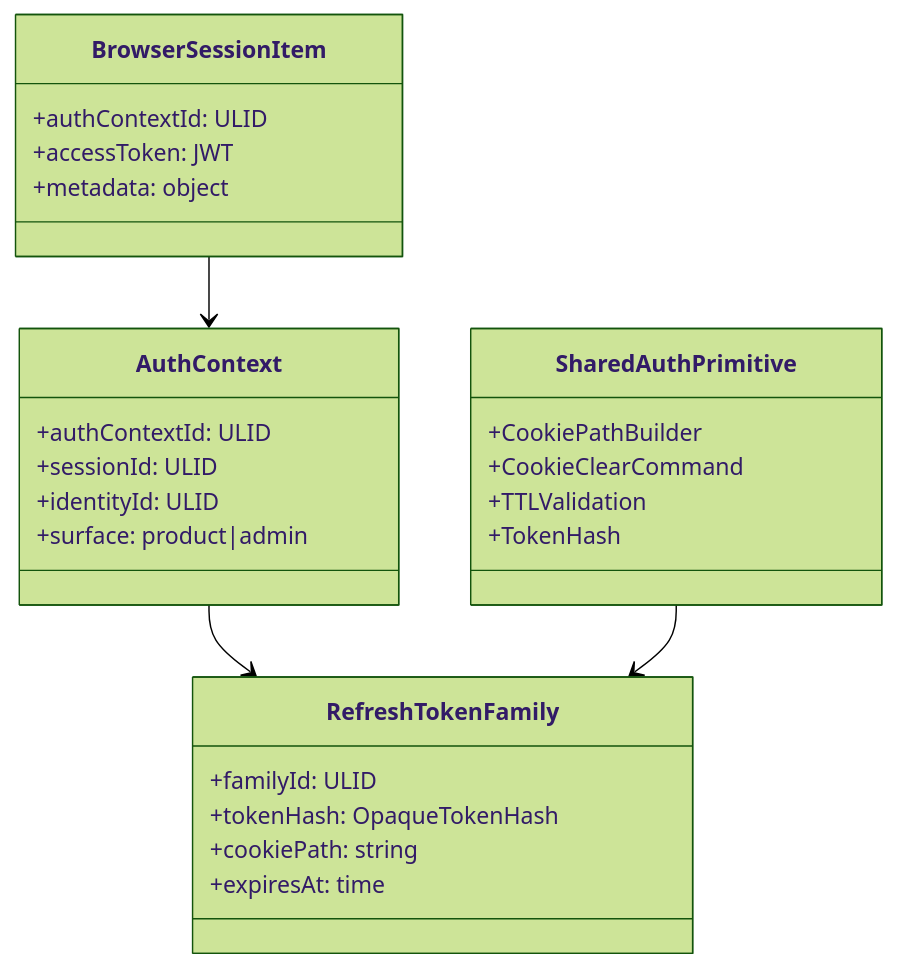
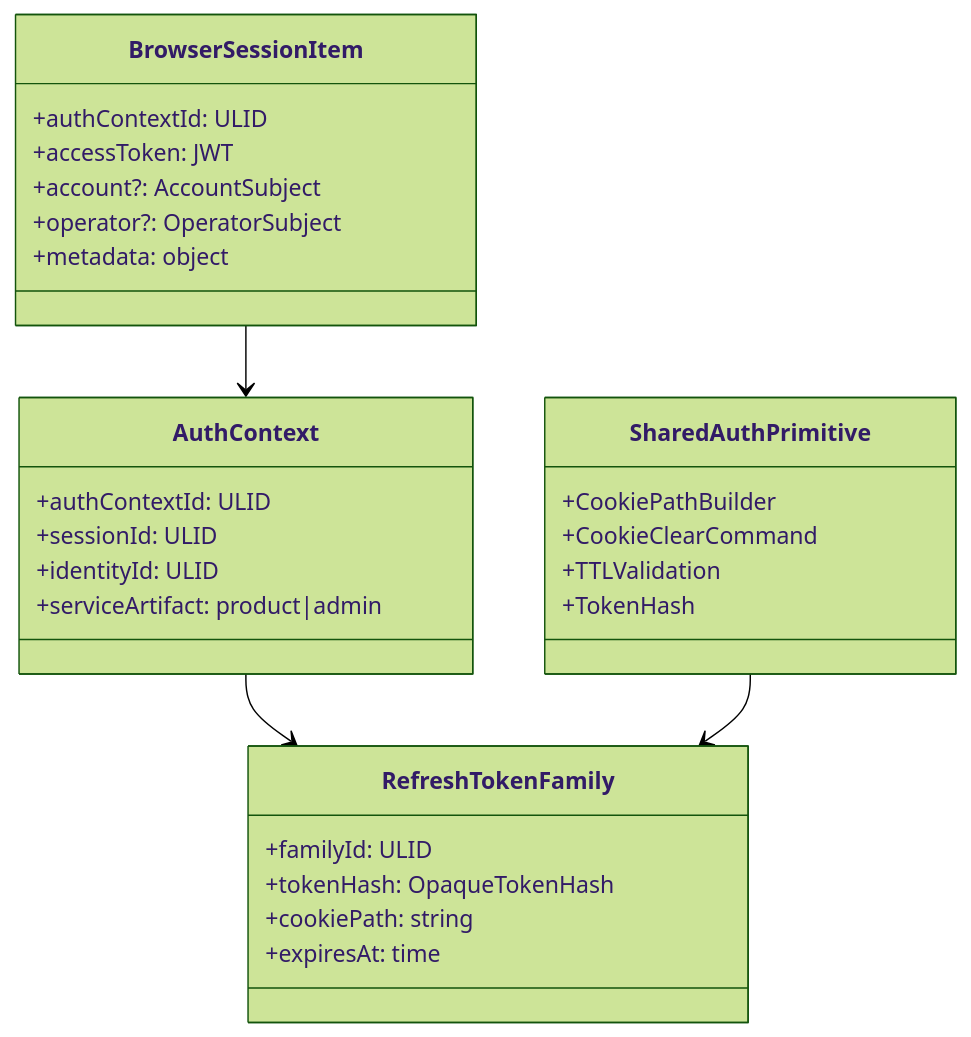
One commit to witwire-net/www-template changed the fourth of 5 diagrams in openspec/changes/unified-context-scoped-auth-refresh/design.md. Above: the diagram before and after it, drawn with Mermaid (forest theme). The commit also changed other lines of this file and 206 other files, not shown here.

````diff
--- a/openspec/changes/unified-context-scoped-auth-refresh/design.md
+++ b/openspec/changes/unified-context-scoped-auth-refresh/design.md
@@ -169,29 +201,31 @@
 ```mermaid
 classDiagram
   class AuthContext {
     +authContextId: ULID
     +sessionId: ULID
     +identityId: ULID
-    +surface: product|admin
+    +serviceArtifact: product|admin
   }
   class BrowserSessionItem {
     +authContextId: ULID
     +accessToken: JWT
+    +account?: AccountSubject
+    +operator?: OperatorSubject
     +metadata: object
   }
   class RefreshTokenFamily {
     +familyId: ULID
     +tokenHash: OpaqueTokenHash
     +cookiePath: string
     +expiresAt: time
   }
   class SharedAuthPrimitive {
     +CookiePathBuilder
     +CookieClearCommand
     +TTLValidation
     +TokenHash
   }
   AuthContext --> RefreshTokenFamily
   BrowserSessionItem --> AuthContext
 SharedAuthPrimitive --> RefreshTokenFamily
 ```
````
